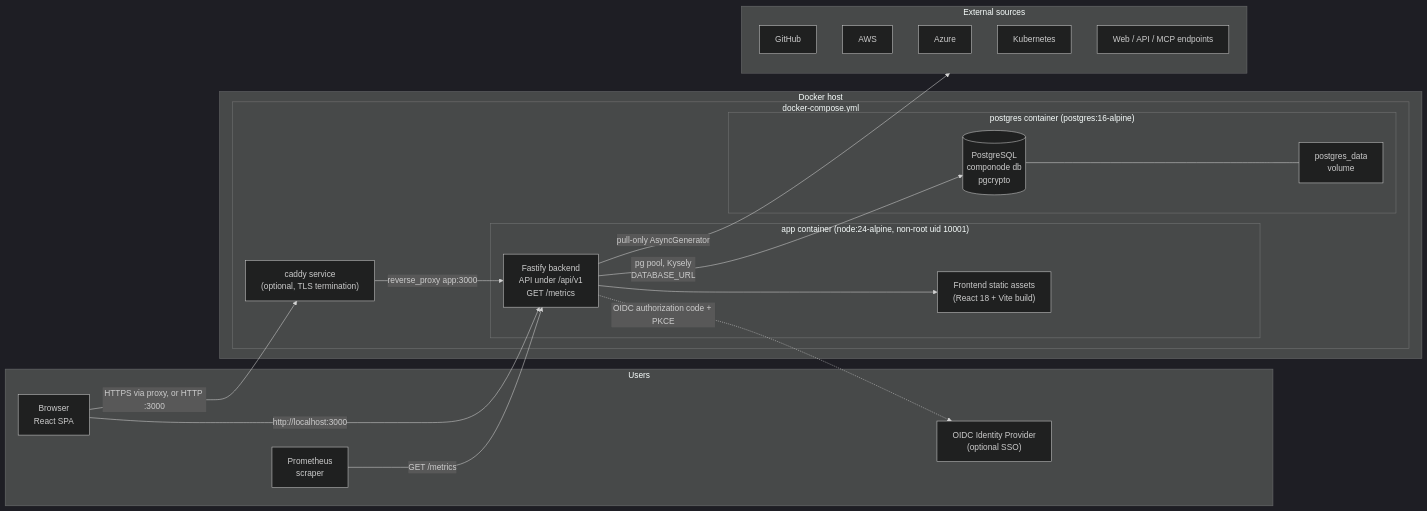
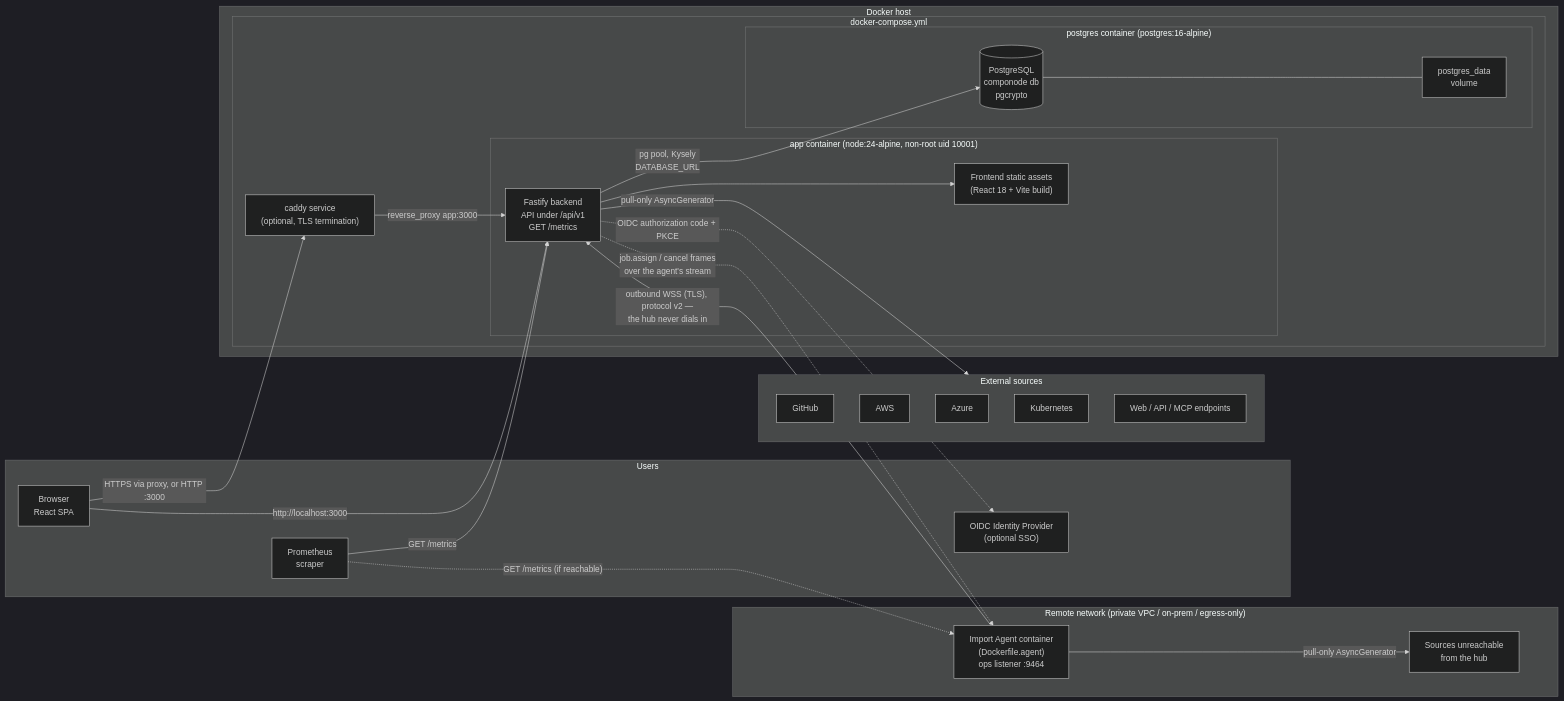
Before and after one commit to Componode/componode: the first of 8 diagrams in docs/architecture.md, drawn with Mermaid (dark theme). The commit also changed other lines of this file and 2 other files, not shown here.

First line of the commit message:
docs(agents): document import agents across architecture and deployment (028)

````diff
--- a/docs/architecture.md
+++ b/docs/architecture.md
@@ -15,40 +15,49 @@
 ```mermaid
 flowchart LR
     subgraph Users["Users"]
         Browser["Browser<br/>React SPA"]
         Prom["Prometheus<br/>scraper"]
         IdP["OIDC Identity Provider<br/>(optional SSO)"]
     end
 
     subgraph Host["Docker host"]
         subgraph Compose["docker-compose.yml"]
             subgraph AppC["app container (node:24-alpine, non-root uid 10001)"]
                 FE["Frontend static assets<br/>(React 18 + Vite build)"]
                 API["Fastify backend<br/>API under /api/v1<br/>GET /metrics"]
             end
             subgraph PgC["postgres container (postgres:16-alpine)"]
                 DB[("PostgreSQL<br/>componode db<br/>pgcrypto")]
                 VOL["postgres_data<br/>volume"]
             end
             Caddy["caddy service<br/>(optional, TLS termination)"]
         end
     end
 
     subgraph Sources["External sources"]
         GH["GitHub"]
         AWS["AWS"]
         AZ["Azure"]
         K8s["Kubernetes"]
         Web["Web / API / MCP endpoints"]
     end
 
+    subgraph Remote["Remote network (private VPC / on-prem / egress-only)"]
+        Agent["Import Agent container<br/>(Dockerfile.agent)<br/>ops listener :9464"]
+        RSrc["Sources unreachable<br/>from the hub"]
+    end
+
     Browser -->|"HTTPS via proxy, or HTTP :3000"| Caddy
     Caddy -->|"reverse_proxy app:3000"| API
     Browser -->|"http://localhost:3000"| API
     API --> FE
     API -->|"pg pool, Kysely<br/>DATABASE_URL"| DB
     DB --- VOL
     API -->|"pull-only AsyncGenerator"| Sources
     API -.->|"OIDC authorization code + PKCE"| IdP
     Prom -->|"GET /metrics"| API
+    Agent -->|"outbound WSS (TLS), protocol v2 —<br/>the hub never dials in"| API
+    API -.->|"job.assign / cancel frames<br/>over the agent's stream"| Agent
+    Agent -->|"pull-only AsyncGenerator"| RSrc
+    Prom -.->|"GET /metrics (if reachable)"| Agent
 ```
````
